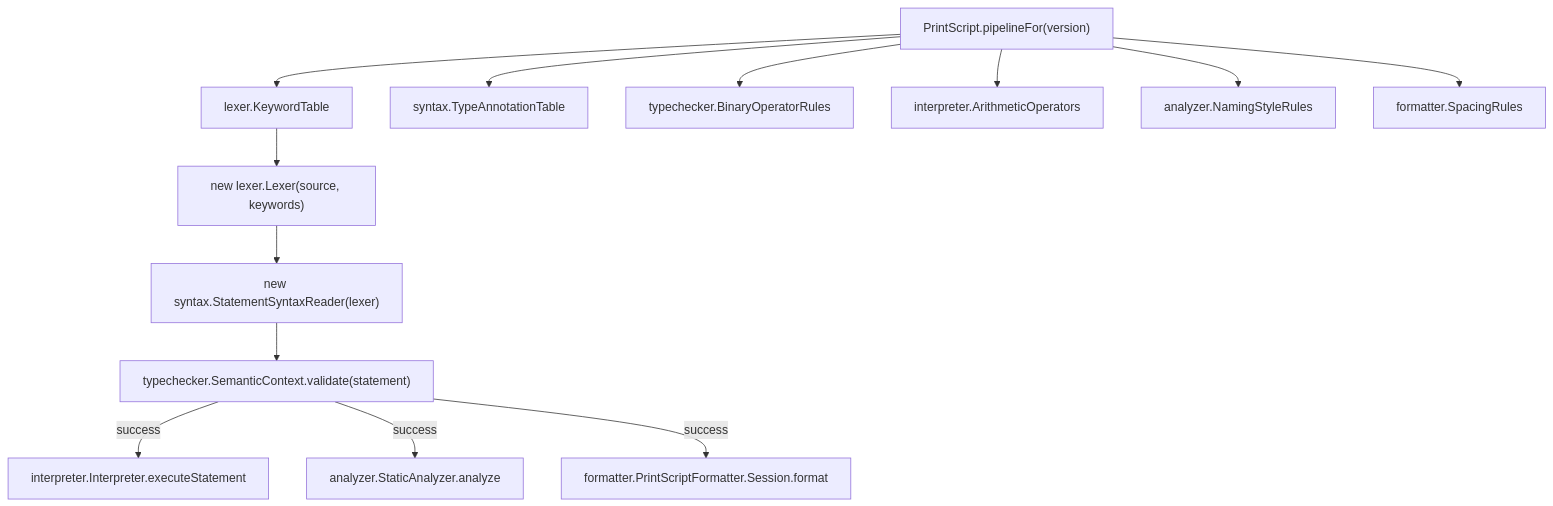
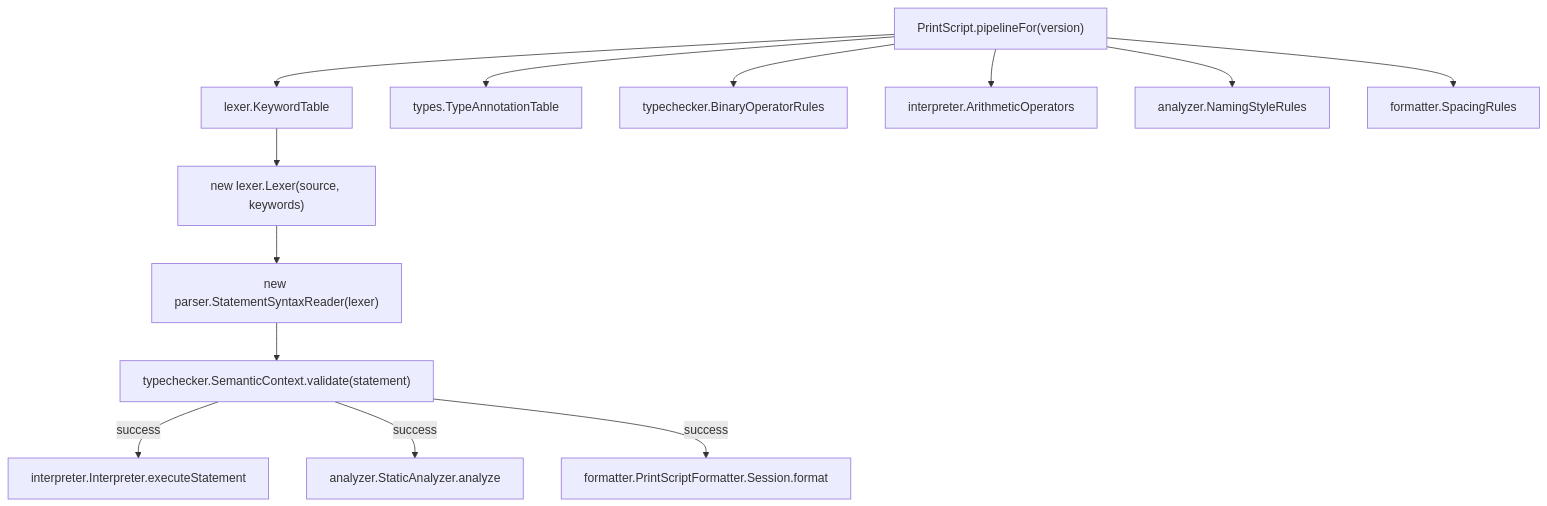
The diagram in application/ARCHITECTURE.md (GarroteSantiago/printscript), drawn with Mermaid before and after one commit. The commit also changed other lines of this file and 109 other files, not shown here.

First line of the commit message:
refactor(ast,types): rename syntax to ast and split out a types module

````diff
--- a/application/ARCHITECTURE.md
+++ b/application/ARCHITECTURE.md
@@ -51,15 +51,15 @@
 ```mermaid
 graph TD
     PrintScript["PrintScript.pipelineFor(version)"] --> Keywords["lexer.KeywordTable"]
-    PrintScript --> TypeAnn["syntax.TypeAnnotationTable"]
+    PrintScript --> TypeAnn["types.TypeAnnotationTable"]
     PrintScript --> BinOps["typechecker.BinaryOperatorRules"]
     PrintScript --> ArithOps["interpreter.ArithmeticOperators"]
     PrintScript --> Naming["analyzer.NamingStyleRules"]
     PrintScript --> Spacing["formatter.SpacingRules"]
     Keywords --> Lexer["new lexer.Lexer(source, keywords)"]
-    Lexer --> Parser["new syntax.StatementSyntaxReader(lexer)"]
+    Lexer --> Parser["new parser.StatementSyntaxReader(lexer)"]
     Parser --> SemCtx["typechecker.SemanticContext.validate(statement)"]
     SemCtx -->|success| Interp["interpreter.Interpreter.executeStatement"]
     SemCtx -->|success| Analyzer["analyzer.StaticAnalyzer.analyze"]
     SemCtx -->|success| Fmt["formatter.PrintScriptFormatter.Session.format"]
 ```
````
